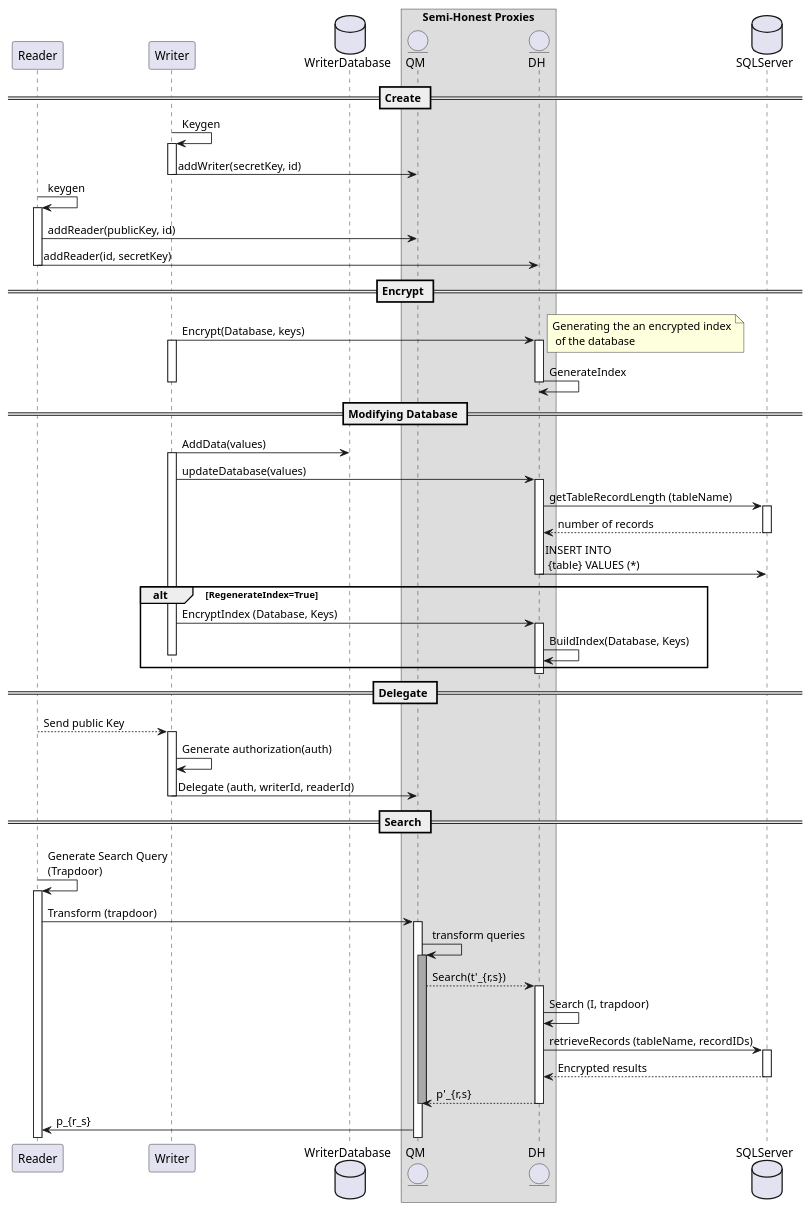
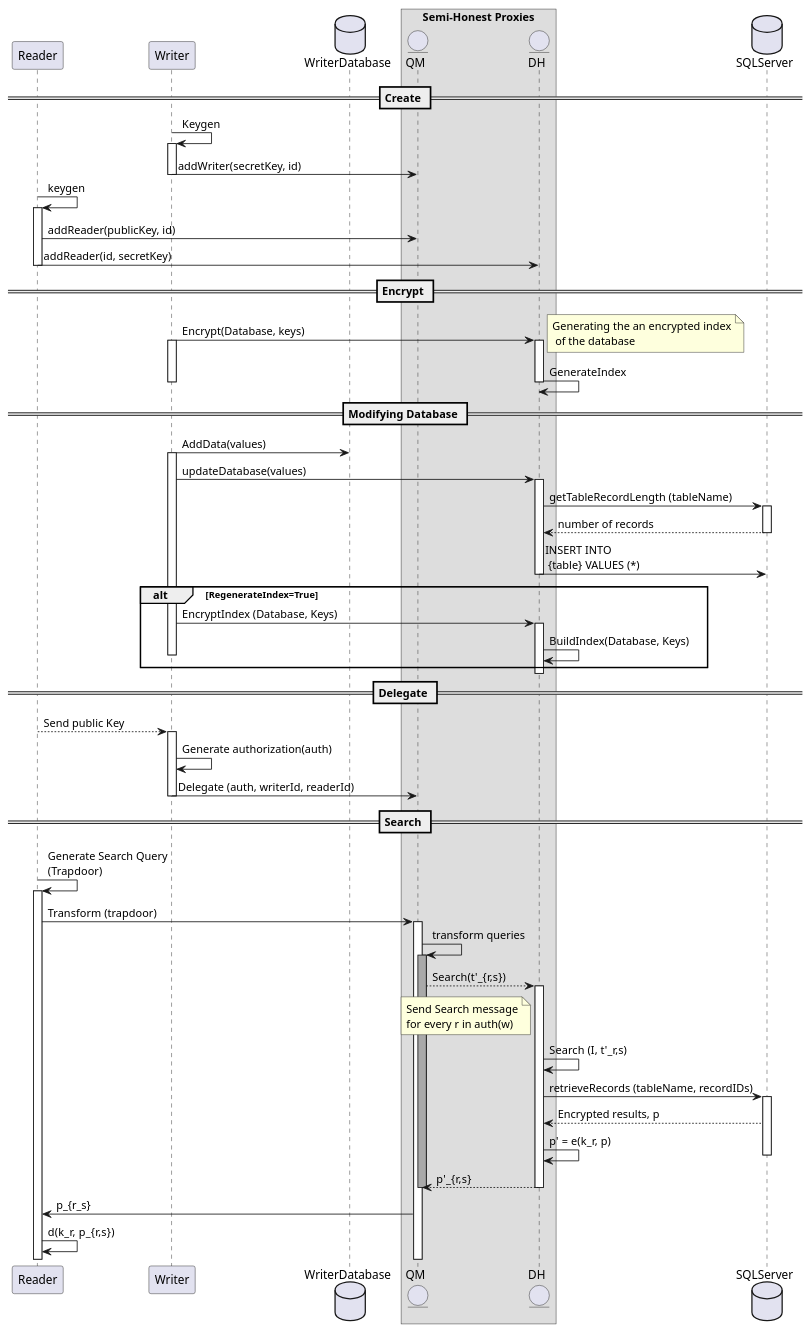
One commit to Cis-4520-Gaviel/Molecule-Viewer-Dataviewer changed the diagram in scheme/diagrams/sequence.puml. Above: the diagram before and after it, drawn with PlantUML. The commit also changed 5 other files, not shown here.

Commit message:
Update diagrams, add security to returning records

```diff
--- a/scheme/diagrams/sequence.puml
+++ b/scheme/diagrams/sequence.puml
@@ -1,88 +1,89 @@
 @startuml Gaviel Scheme
 
 participant Reader
 participant Writer
 database WriterDatabase
 box "Semi-Honest Proxies"
 entity QM
 entity DH
 end box
 database SQLServer
 == Create ==
 
 Writer -> Writer : Keygen
 activate Writer
 Writer->QM: addWriter(secretKey, id)
 deactivate Writer
 
 Reader->Reader: keygen
 activate Reader
 Reader->QM: addReader(publicKey, id)
 Reader->DH: addReader(id, secretKey)
 deactivate Reader
 == Encrypt ==
 Writer->DH: Encrypt(Database, keys)
 activate Writer
 activate DH
 note right: Generating the an encrypted index\n of the database
 DH->DH: GenerateIndex
 deactivate Writer
 deactivate DH
 
 == Modifying Database ==
 Writer -> WriterDatabase : AddData(values)
 activate Writer
 Writer -> DH: updateDatabase(values)
 activate DH
 
 DH->SQLServer: getTableRecordLength (tableName)
 activate SQLServer
 SQLServer-->DH: number of records
 deactivate SQLServer
 
 DH->SQLServer: INSERT INTO\n {table} VALUES (*)
 deactivate DH
 
 
 alt RegenerateIndex=True
 Writer->DH: EncryptIndex (Database, Keys)
 activate DH
 DH->DH: BuildIndex(Database, Keys)
 deactivate Writer
 end
 deactivate DH
 
 
 == Delegate ==
 Reader-->Writer: Send public Key
 activate Writer
 Writer->Writer: Generate authorization(auth)
 Writer->QM: Delegate (auth, writerId, readerId)
 deactivate Writer
 
 == Search ==
 ||10||
 
 Reader -> Reader: Generate Search Query \n(Trapdoor)
 activate Reader
 Reader->QM:Transform (trapdoor)
 
 activate QM
 QM->QM: transform queries
 activate QM #DarkGrey
 QM-->DH: Search(t'_{r,s})
+note left DH: Send Search message\nfor every r in auth(w)
 activate DH
-DH -> DH : Search (I, trapdoor)
-
-
+DH -> DH : Search (I, t'_r,s)
 
 DH->SQLServer : retrieveRecords (tableName, recordIDs)
 activate SQLServer
-SQLServer-->DH:Encrypted results
+SQLServer-->DH:Encrypted results, p
+DH->DH: p' = e(k_r, p)
 deactivate SQLServer
 DH-->QM:p'_{r,s}
 deactivate DH
 deactivate QM
 
 QM->Reader:p_{r_s}
+Reader->Reader:d(k_r, p_{r,s})
 @enduml
```
